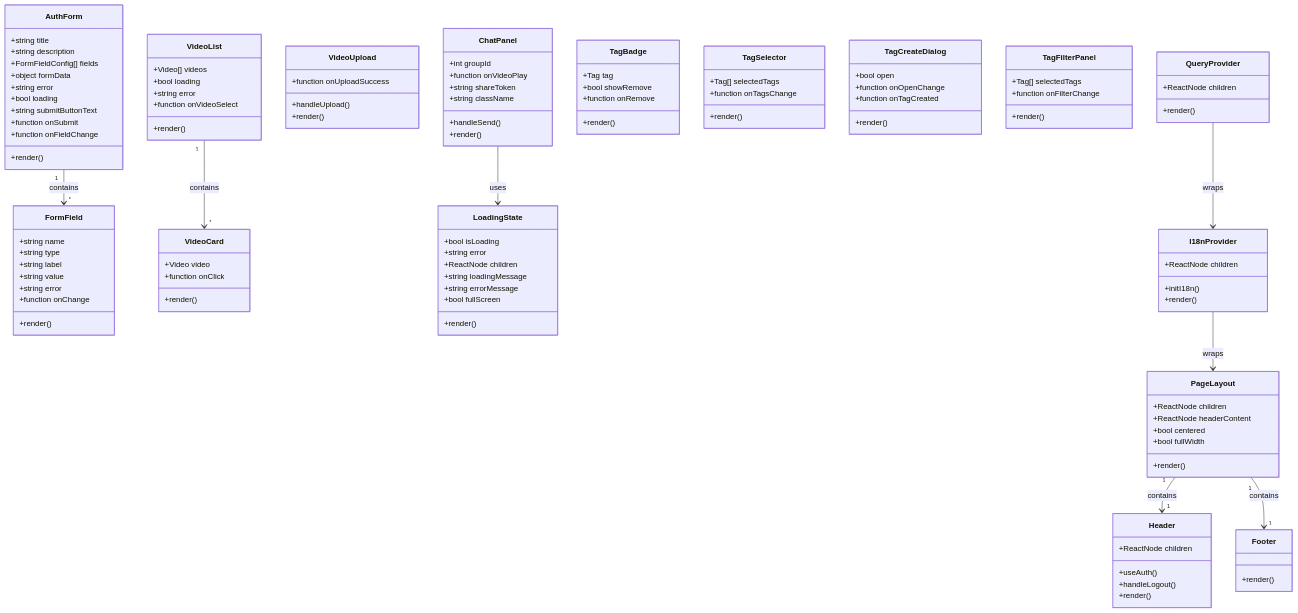
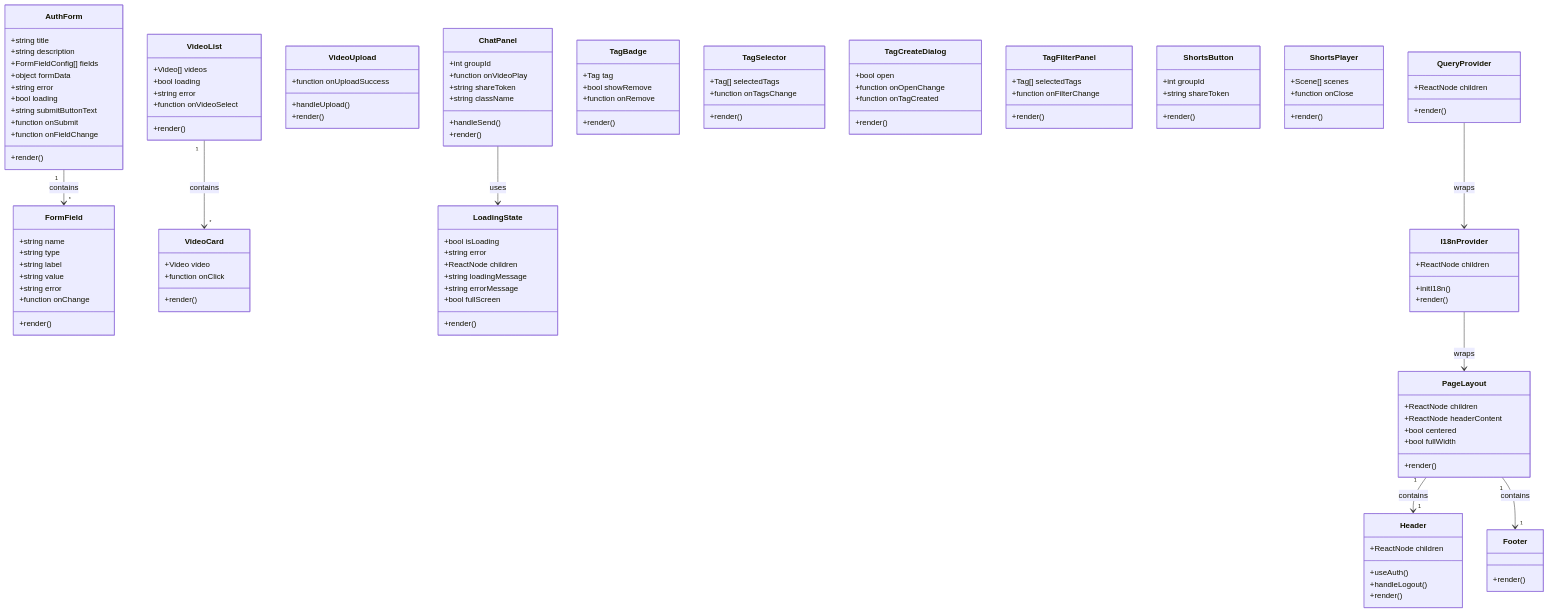
One commit to yukiharada1228/videoq changed the second of 3 diagrams in docs/design/class-diagram.md. Above: the diagram before and after it, drawn with Mermaid. The commit also changed other lines of this file and 13 other files, not shown here.

Commit message:
docs: update diagrams for account deactivation

```diff
--- a/docs/design/class-diagram.md
+++ b/docs/design/class-diagram.md
@@ -237,6 +238,18 @@
         +function onFilterChange
         +render()
     }
+
+    class ShortsButton {
+        +int groupId
+        +string shareToken
+        +render()
+    }
+
+    class ShortsPlayer {
+        +Scene[] scenes
+        +function onClose
+        +render()
+    }
     
     class LoadingState {
         +bool isLoading
```
